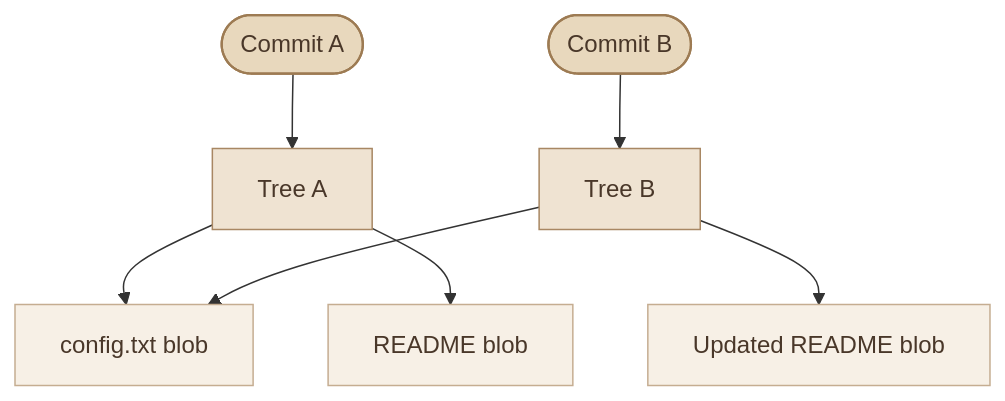
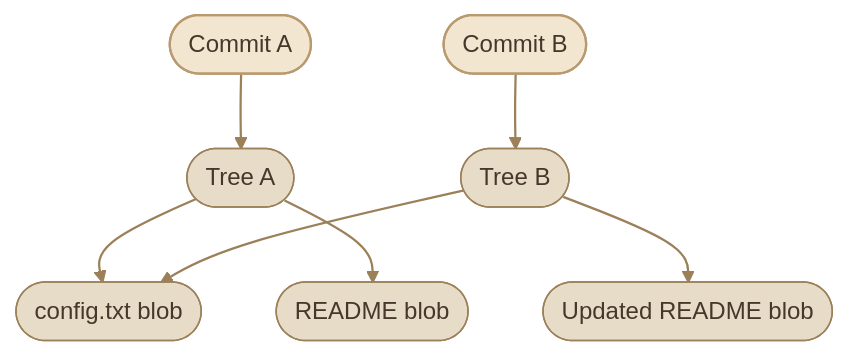
One commit to mustafammasoud/ops-handbook changed the third of 5 diagrams in content/version-control/Git and GitHub/git-internals.mdx. Above: the diagram before and after it, drawn with Mermaid. The commit also changed other lines of this file and 17 other files, not shown here.

````diff
--- a/content/version-control/Git and GitHub/git-internals.mdx
+++ b/content/version-control/Git and GitHub/git-internals.mdx
@@ -417,16 +445,18 @@
 ```mermaid
 flowchart TD
-    A(["Commit A"]) --> B["Tree A"]
-    C(["Commit B"]) --> D["Tree B"]
-    B --> E["config.txt blob"]
+    A(["Commit A"]) --> B(["Tree A"])
+    C(["Commit B"]) --> D(["Tree B"])
+    B --> E(["config.txt blob"])
     D --> E
-    B --> F["README blob"]
-    D --> G["Updated README blob"]
+    B --> F(["README blob"])
+    D --> G(["Updated README blob"])
 
-    classDef commit fill:#e8d8bd,stroke:#9d7b53,color:#493729,stroke-width:1.5px
-    classDef tree fill:#efe3d2,stroke:#a88763,color:#493729,stroke-width:1px
-    classDef blob fill:#f7f0e6,stroke:#c5ad91,color:#493729,stroke-width:1px
+    classDef commit fill:#F3E6D0,stroke:#B99A70,color:#46372A,stroke-width:1.5px
+    classDef tree fill:#E7DCC8,stroke:#9B8059,color:#46372A,stroke-width:1px
+    classDef blob fill:#E7DCC8,stroke:#9B8059,color:#46372A,stroke-width:1px
     class A,C commit
     class B,D tree
     class E,F,G blob
+
+    linkStyle default stroke:#9B8059,stroke-width:1.5px
 ```
````
